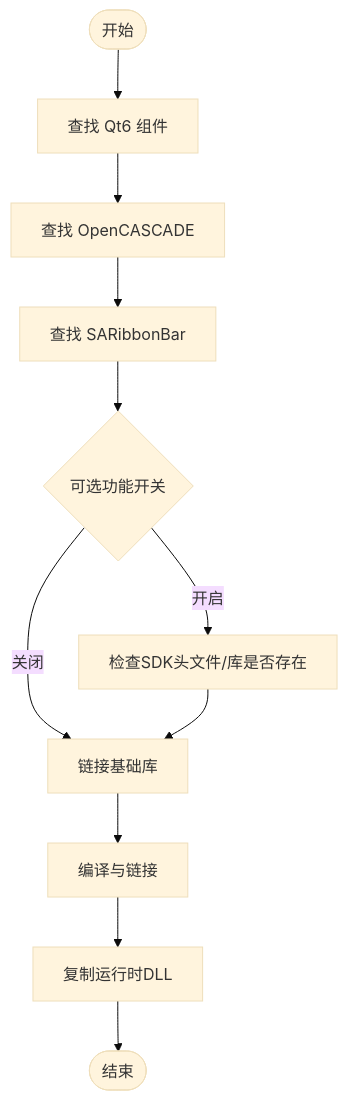
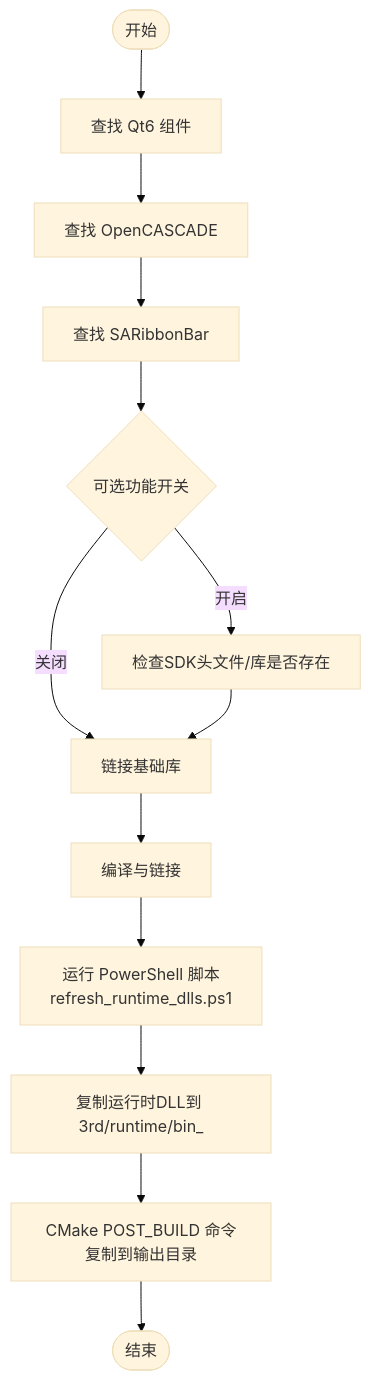
The third of 7 diagrams in .qoder/repowiki/zh/content/部署运维/部署运维.md (super1wang/LaserCNCv1.0), drawn with Mermaid (base theme) before and after one commit. The commit also changed other lines of this file and 23 other files, not shown here.

````diff
--- a/.qoder/repowiki/zh/content/部署运维/部署运维.md
+++ b/.qoder/repowiki/zh/content/部署运维/部署运维.md
@@ -135,13 +158,15 @@
 ```mermaid
 flowchart TD
 Start(["开始"]) --> CheckQt["查找 Qt6 组件"]
 CheckQt --> CheckOCC["查找 OpenCASCADE"]
 CheckOCC --> CheckSAR["查找 SARibbonBar"]
 CheckSAR --> Options{"可选功能开关"}
 Options --> |开启| CheckSDK["检查SDK头文件/库是否存在"]
 Options --> |关闭| LinkLibs["链接基础库"]
 CheckSDK --> LinkLibs
 LinkLibs --> Compile["编译与链接"]
-Compile --> CopyDLL["复制运行时DLL"]
-CopyDLL --> End(["结束"])
+Compile --> RefreshRuntime["运行 PowerShell 脚本<br/>refresh_runtime_dlls.ps1"]
+RefreshRuntime --> CopyDLL["复制运行时DLL到 3rd/runtime/bin_<config>"]
+CopyDLL --> PostBuild["CMake POST_BUILD 命令复制到输出目录"]
+PostBuild --> End(["结束"])
 ```
````
